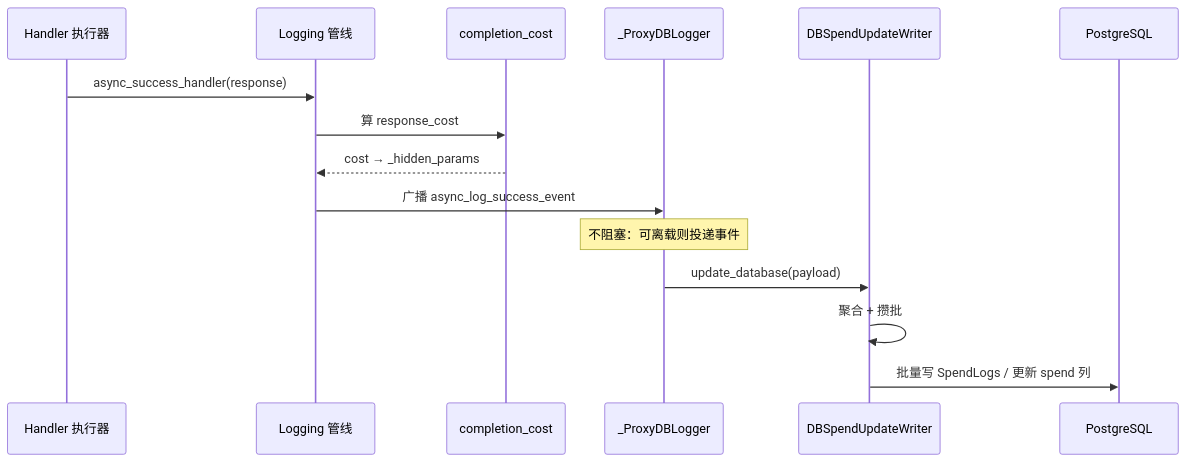
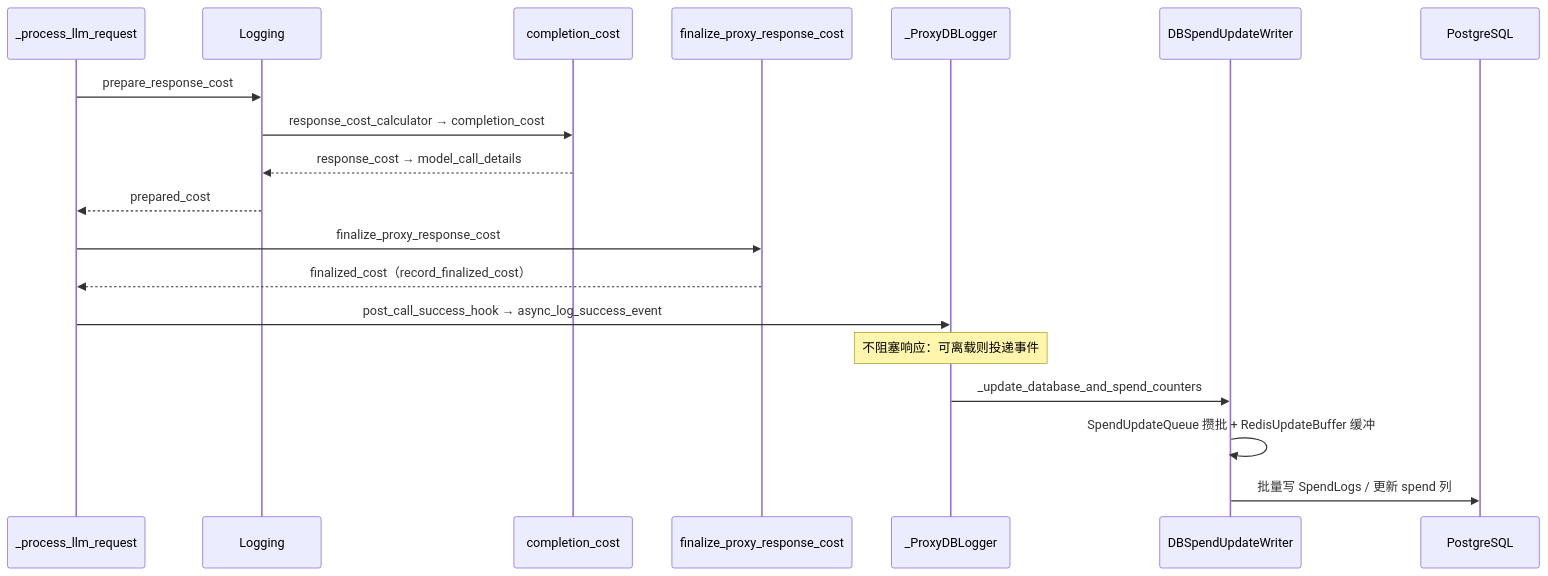
One commit to adrian9778/litellm changed the second of 2 diagrams in docs/sourceReader/03-deep-dive/08-cost-logging-persistence.md. Above: the diagram before and after it, drawn with Mermaid. The commit also changed other lines of this file and 28 other files, not shown here.

````diff
--- a/docs/sourceReader/03-deep-dive/08-cost-logging-persistence.md
+++ b/docs/sourceReader/03-deep-dive/08-cost-logging-persistence.md
@@ -126,18 +216,22 @@
 ```mermaid
 sequenceDiagram
-    participant H as Handler 执行器
-    participant L as Logging 管线
-    participant C as completion_cost
-    participant P as _ProxyDBLogger
+    participant PR as _process_llm_request
+    participant LG as Logging
+    participant CC as completion_cost
+    participant CF as finalize_proxy_response_cost
+    participant DBL as _ProxyDBLogger
     participant W as DBSpendUpdateWriter
     participant PG as PostgreSQL
 
-    H->>L: async_success_handler(response)
-    L->>C: 算 response_cost
-    C-->>L: cost → _hidden_params
-    L->>P: 广播 async_log_success_event
-    Note over P: 不阻塞：可离载则投递事件
-    P->>W: update_database(payload)
-    W->>W: 聚合 + 攒批
+    PR->>LG: prepare_response_cost
+    LG->>CC: response_cost_calculator → completion_cost
+    CC-->>LG: response_cost → model_call_details
+    LG-->>PR: prepared_cost
+    PR->>CF: finalize_proxy_response_cost
+    CF-->>PR: finalized_cost（record_finalized_cost）
+    PR->>DBL: post_call_success_hook → async_log_success_event
+    Note over DBL: 不阻塞响应：可离载则投递事件
+    DBL->>W: _update_database_and_spend_counters
+    W->>W: SpendUpdateQueue 攒批 + RedisUpdateBuffer 缓冲
     W->>PG: 批量写 SpendLogs / 更新 spend 列
 ```
````
